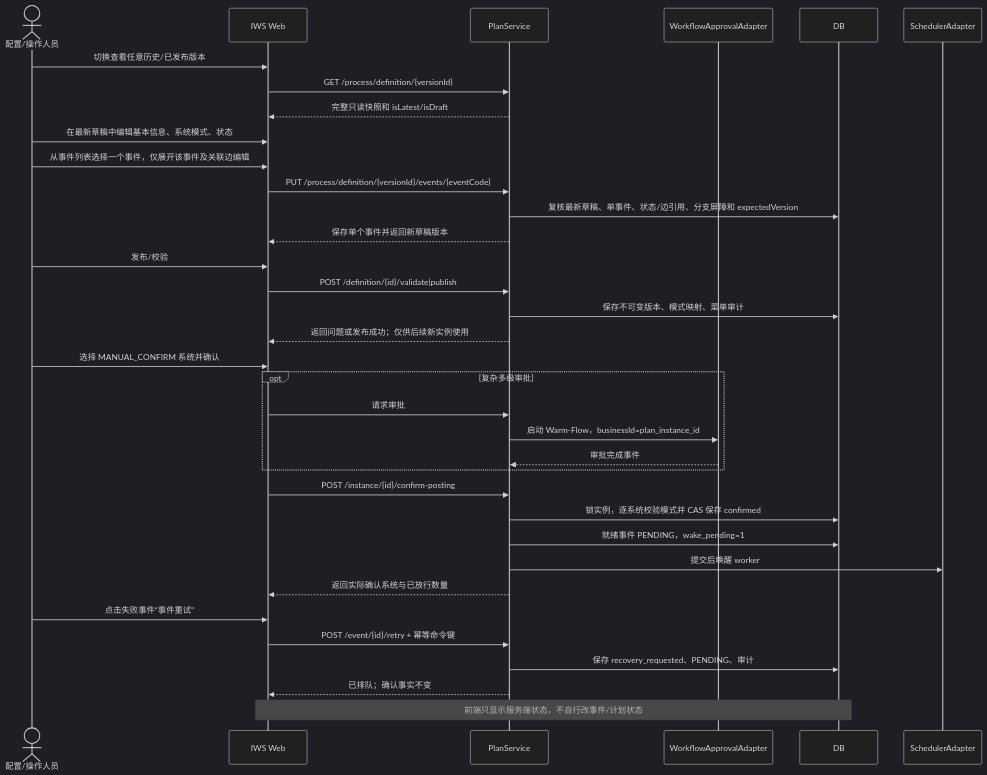
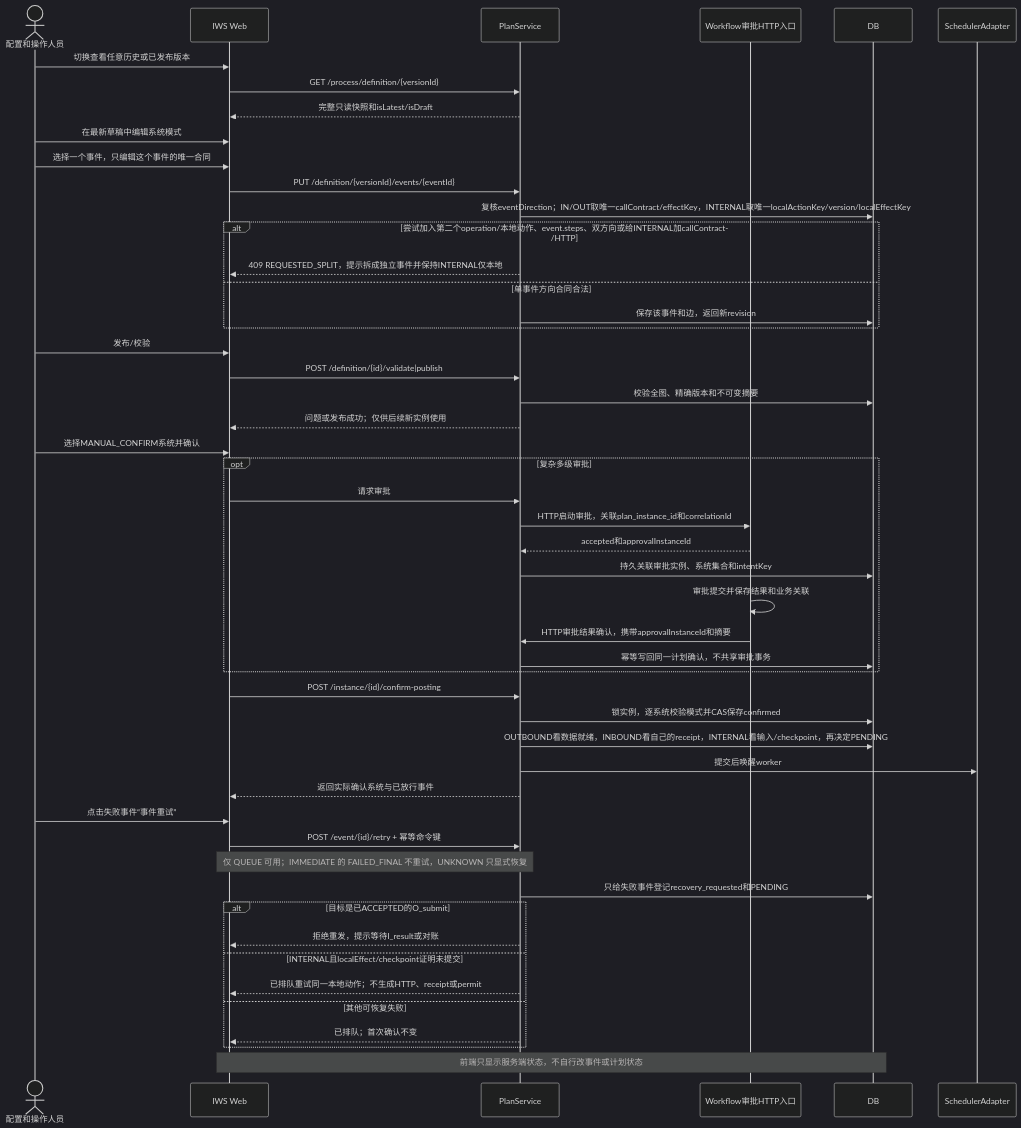
Diagram 14 of 36 in docs/plan-event-state-machine-sequences.md (Yohmien/innolux-iws), drawn with Mermaid (dark theme) before and after one commit. The commit also changed other lines of this file and 3 other files, not shown here.

Commit message:
docs(plan-event): 更新状态机设计与实施计划

````diff
--- a/docs/plan-event-state-machine-sequences.md
+++ b/docs/plan-event-state-machine-sequences.md
@@ -514,37 +766,52 @@
 ```mermaid
 sequenceDiagram
-  actor U as 配置/操作人员
+  actor U as 配置和操作人员
   participant W as IWS Web
   participant P as PlanService
-  participant A as WorkflowApprovalAdapter
+  participant A as Workflow审批HTTP入口
   participant D as DB
   participant S as SchedulerAdapter
-  U->>W: 切换查看任意历史/已发布版本
+  U->>W: 切换查看任意历史或已发布版本
   W->>P: GET /process/definition/{versionId}
-  P-->>W: 完整只读快照和 isLatest/isDraft
-  U->>W: 在最新草稿中编辑基本信息、系统模式、状态
-  U->>W: 从事件列表选择一个事件，仅展开该事件及关联边编辑
-  W->>P: PUT /process/definition/{versionId}/events/{eventCode}
-  P->>D: 复核最新草稿、单事件、状态/边引用、分支屏障和 expectedVersion
-  P-->>W: 保存单个事件并返回新草稿版本
+  P-->>W: 完整只读快照和isLatest/isDraft
+  U->>W: 在最新草稿中编辑系统模式
+  U->>W: 选择一个事件，只编辑这个事件的唯一合同
+  W->>P: PUT /definition/{versionId}/events/{eventId}
+  P->>D: 复核eventDirection；IN/OUT取唯一callContract/effectKey，INTERNAL取唯一localActionKey/version/localEffectKey
+  alt 尝试加入第二个operation/本地动作、event.steps、双方向或给INTERNAL加callContract/HTTP
+    P-->>W: 409 REQUESTED_SPLIT，提示拆成独立事件并保持INTERNAL仅本地
+  else 单事件方向合同合法
+    P->>D: 保存该事件和边，返回新revision
+  end
   U->>W: 发布/校验
   W->>P: POST /definition/{id}/validate|publish
-  P->>D: 保存不可变版本、模式映射、菜单审计
-  P-->>W: 返回问题或发布成功；仅供后续新实例使用
-  U->>W: 选择 MANUAL_CONFIRM 系统并确认
+  P->>D: 校验全图、精确版本和不可变摘要
+  P-->>W: 问题或发布成功；仅供后续新实例使用
+  U->>W: 选择MANUAL_CONFIRM系统并确认
   opt 复杂多级审批
     W->>P: 请求审批
-    P->>A: 启动 Warm-Flow，businessId=plan_instance_id
-    A-->>P: 审批完成事件
+    P->>A: HTTP启动审批，关联plan_instance_id和correlationId
+    A-->>P: accepted和approvalInstanceId
+    P->>D: 持久关联审批实例、系统集合和intentKey
+    A->>A: 审批提交并保存结果和业务关联
+    A->>P: HTTP审批结果确认，携带approvalInstanceId和摘要
+    P->>D: 幂等写回同一计划确认，不共享审批事务
   end
   W->>P: POST /instance/{id}/confirm-posting
-  P->>D: 锁实例，逐系统校验模式并 CAS 保存 confirmed
-  P->>D: 就绪事件 PENDING，wake_pending=1
-  P->>S: 提交后唤醒 worker
-  P-->>W: 返回实际确认系统与已放行数量
+  P->>D: 锁实例，逐系统校验模式并CAS保存confirmed
+  P->>D: OUTBOUND看数据就绪，INBOUND看自己的receipt，INTERNAL看输入/checkpoint，再决定PENDING
+  P->>S: 提交后唤醒worker
+  P-->>W: 返回实际确认系统与已放行事件
   U->>W: 点击失败事件“事件重试”
   W->>P: POST /event/{id}/retry + 幂等命令键
-  P->>D: 保存 recovery_requested、PENDING、审计
-  P-->>W: 已排队；确认事实不变
-  Note over W,D: 前端只显示服务端状态，不自行改事件/计划状态
+  Note over W,P: 仅 QUEUE 可用；IMMEDIATE 的 FAILED_FINAL 不重试，UNKNOWN 只显式恢复
+  P->>D: 只给失败事件登记recovery_requested和PENDING
+  alt 目标是已ACCEPTED的O_submit
+    P-->>W: 拒绝重发，提示等待I_result或对账
+  else INTERNAL且localEffect/checkpoint证明未提交
+    P-->>W: 已排队重试同一本地动作；不生成HTTP、receipt或permit
+  else 其他可恢复失败
+    P-->>W: 已排队；首次确认不变
+  end
+  Note over W,D: 前端只显示服务端状态，不自行改事件或计划状态
 ```
````
